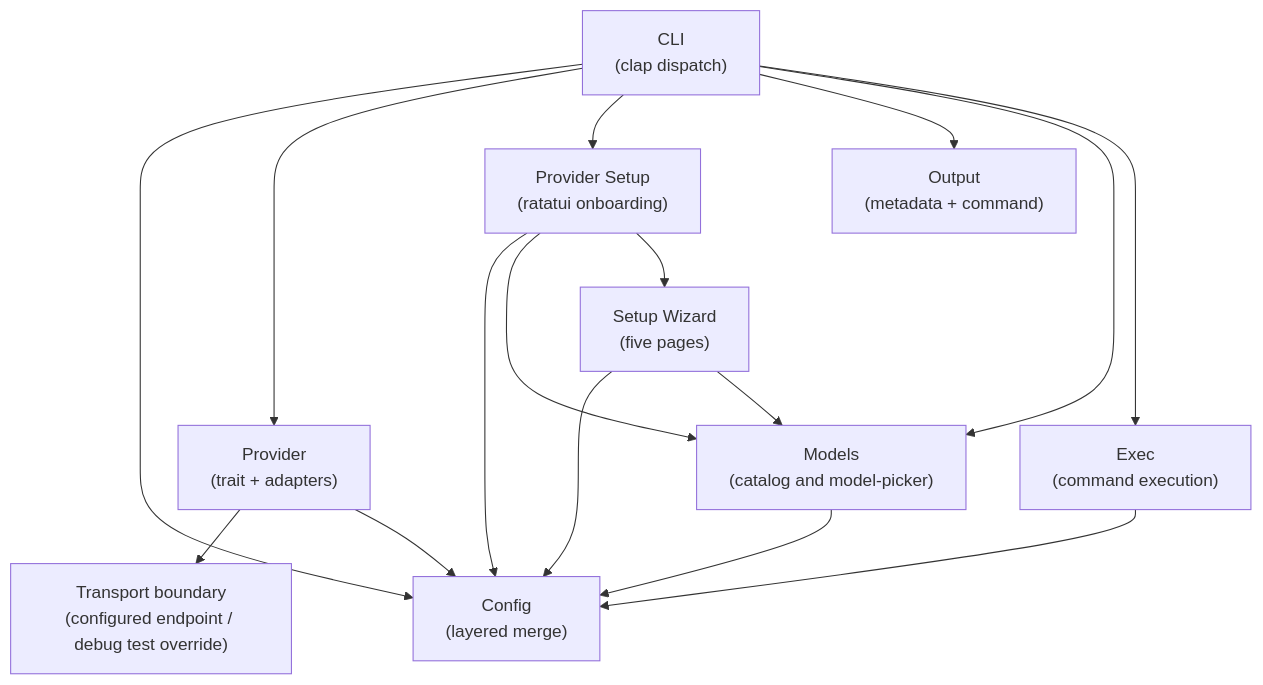
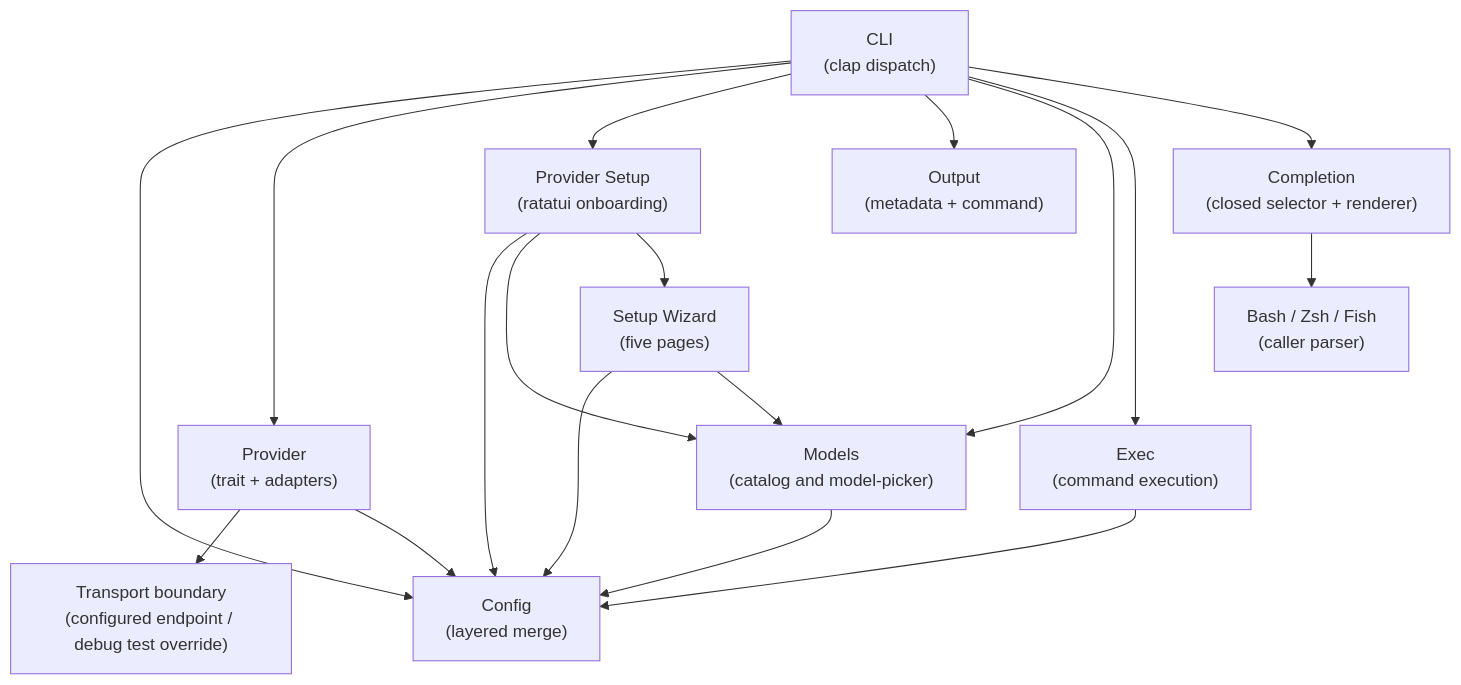
One commit to buster/watn changed the diagram in docs/arc42/05-building-block-view.md. Above: the diagram before and after it, drawn with Mermaid. The commit also changed other lines of this file and 24 other files, not shown here.

````diff
--- a/docs/arc42/05-building-block-view.md
+++ b/docs/arc42/05-building-block-view.md
@@ -5,28 +5,32 @@
 ```mermaid
 graph TB
     CLI["CLI<br/>(clap dispatch)"]
     Config["Config<br/>(layered merge)"]
     Provider["Provider<br/>(trait + adapters)"]
     Transport["Transport boundary<br/>(configured endpoint / debug test override)"]
     Setup["Provider Setup<br/>(ratatui onboarding)"]
     Wizard["Setup Wizard<br/>(five pages)"]
     Output["Output<br/>(metadata + command)"]
     Models["Models<br/>(catalog and model-picker)"]
     Exec["Exec<br/>(command execution)"]
+    Completion["Completion<br/>(closed selector + renderer)"]
+    ShellParser["Bash / Zsh / Fish<br/>(caller parser)"]
 
     CLI --> Config
     CLI --> Provider
     Provider --> Transport
     CLI --> Setup
     CLI --> Output
     CLI --> Models
     CLI --> Exec
+    CLI --> Completion
     Provider --> Config
     Models --> Config
     Setup --> Config
     Setup --> Models
     Setup --> Wizard
     Wizard --> Config
     Wizard --> Models
     Exec --> Config
+    Completion --> ShellParser
 ```
````
